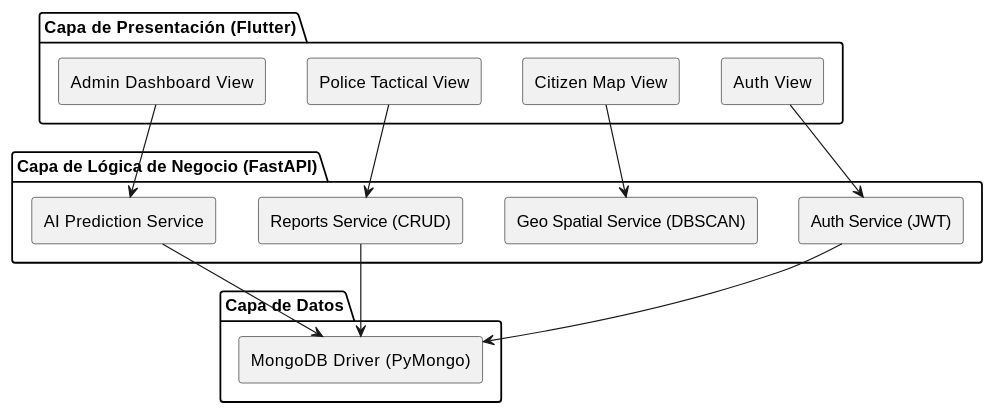
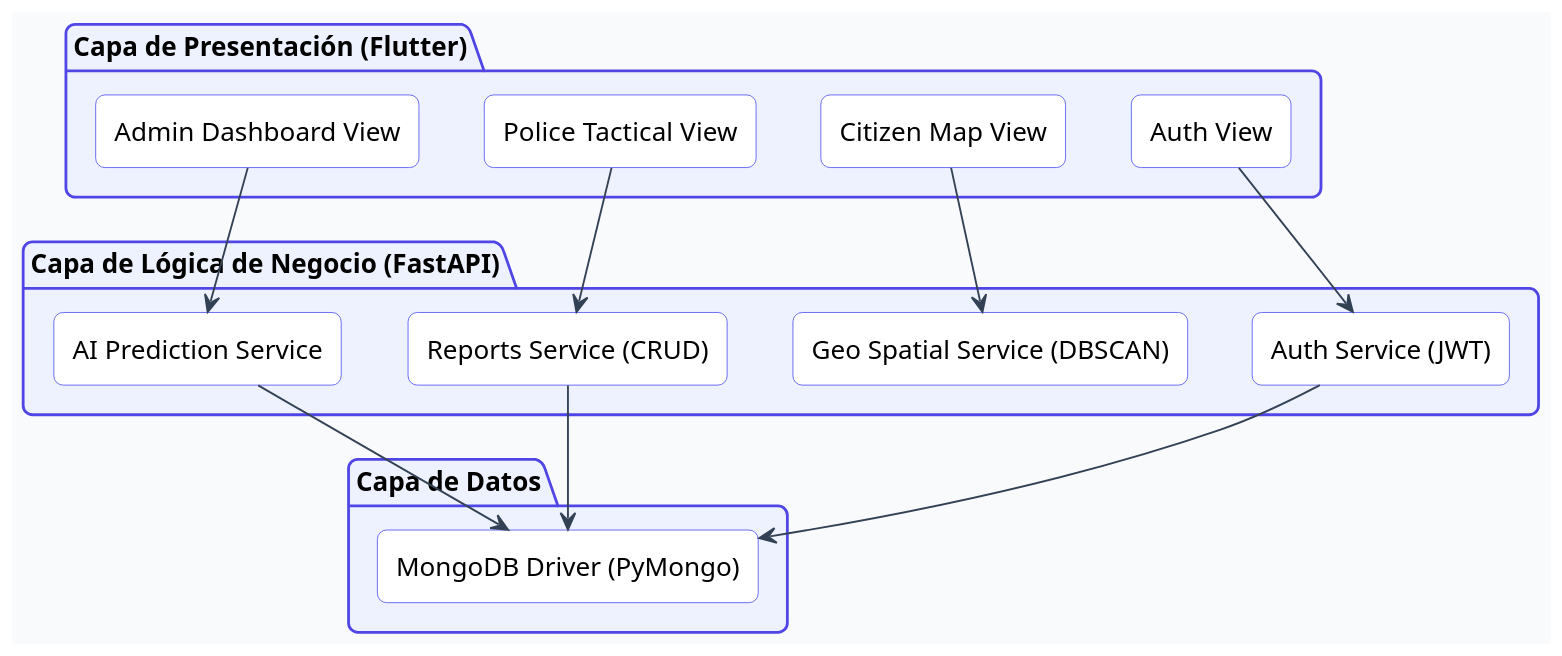
One commit to pieroalexanderppc/sgeo_pp changed the second of 6 diagrams in docs/FD04-EPIS-Informe SAD de Proyecto.md. Above: the diagram before and after it, drawn with PlantUML. The commit also changed other lines of this file and 15 other files, not shown here.

````diff
--- a/docs/FD04-EPIS-Informe SAD de Proyecto.md
+++ b/docs/FD04-EPIS-Informe SAD de Proyecto.md
@@ -149,31 +162,41 @@
 ```plantuml
 @startuml
+skinparam shadowing false
+skinparam roundcorner 10
+skinparam dpi 150
+skinparam defaultFontName Segoe UI
+skinparam backgroundColor #F8FAFC
+skinparam ArrowColor #334155
+skinparam PackageBackgroundColor #EEF2FF
+skinparam PackageBorderColor #4F46E5
+skinparam ComponentBackgroundColor #FFFFFF
+skinparam ComponentBorderColor #6366F1
 skinparam componentStyle rectangle
 
 package "Capa de Presentación (Flutter)" {
   [Auth View]
   [Citizen Map View]
   [Police Tactical View]
   [Admin Dashboard View]
 }
 
 package "Capa de Lógica de Negocio (FastAPI)" {
   [Auth Service (JWT)]
   [Reports Service (CRUD)]
   [AI Prediction Service]
   [Geo Spatial Service (DBSCAN)]
 }
 
 package "Capa de Datos" {
   [MongoDB Driver (PyMongo)]
 }
 
 [Auth View] --> [Auth Service (JWT)]
 [Citizen Map View] --> [Geo Spatial Service (DBSCAN)]
 [Police Tactical View] --> [Reports Service (CRUD)]
 [Admin Dashboard View] --> [AI Prediction Service]
 [Auth Service (JWT)] --> [MongoDB Driver (PyMongo)]
 [Reports Service (CRUD)] --> [MongoDB Driver (PyMongo)]
 [AI Prediction Service] --> [MongoDB Driver (PyMongo)]
 @enduml
 ```
````
